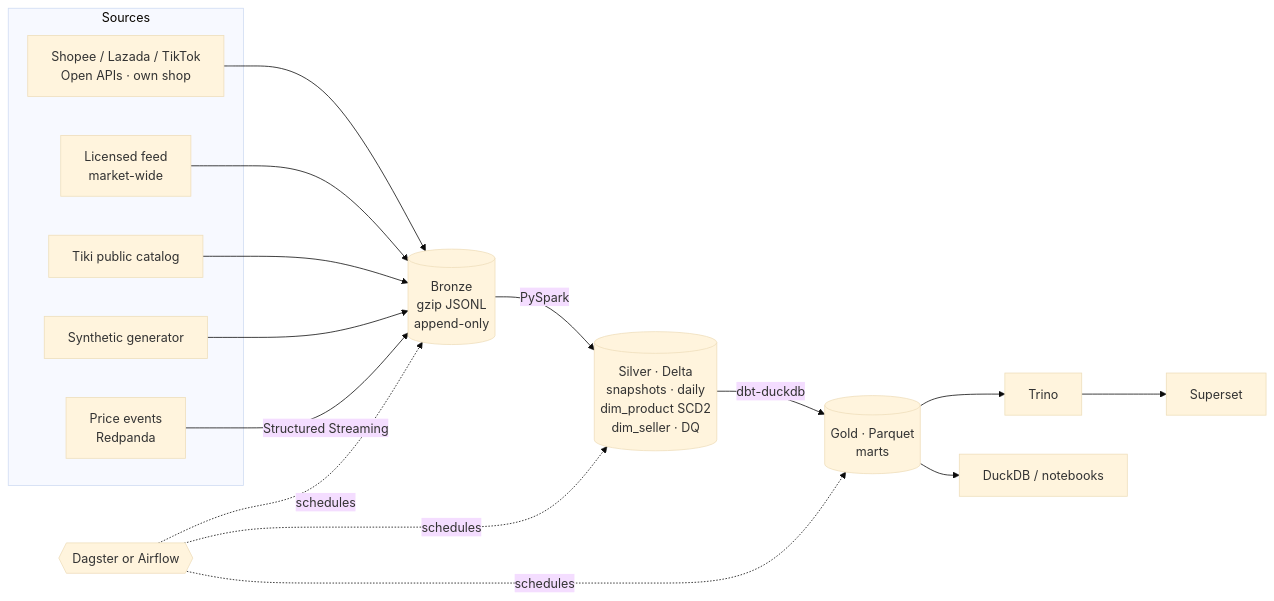
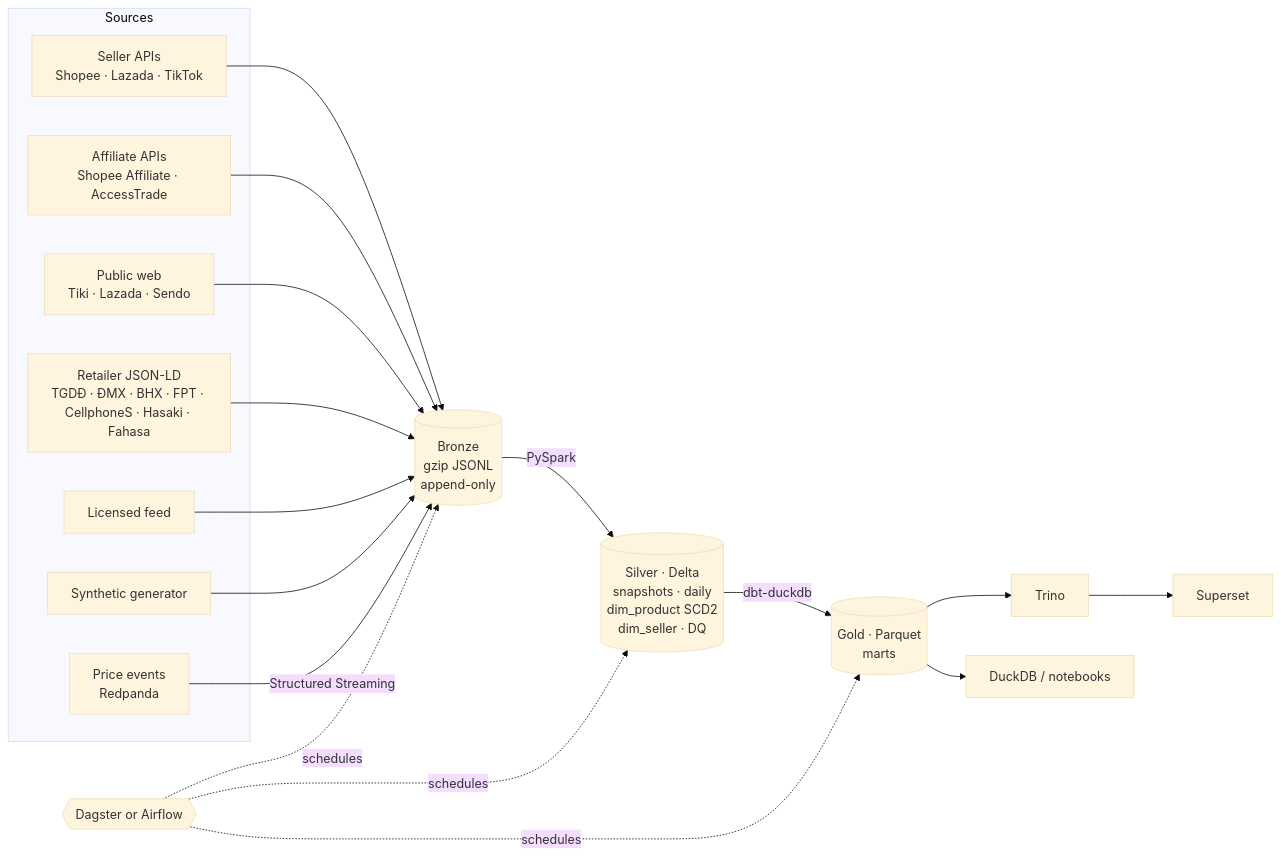
One commit to TuanKietTran/vn-ecom-data-platform changed the diagram in README.md. Above: the diagram before and after it, drawn with Mermaid (base theme). The commit also changed other lines of this file and 22 other files, not shown here.

First line of the commit message:
feat(sources): market-wide connectors + first-party retailers

````diff
--- a/README.md
+++ b/README.md
@@ -10,17 +11,19 @@
 ```mermaid
 flowchart LR
   subgraph Sources
-    S1[Shopee / Lazada / TikTok<br/>Open APIs · own shop]
-    S2[Licensed feed<br/>market-wide]
-    S3[Tiki public catalog]
+    S1[Seller APIs<br/>Shopee · Lazada · TikTok]
+    S6[Affiliate APIs<br/>Shopee Affiliate · AccessTrade]
+    S3[Public web<br/>Tiki · Lazada · Sendo]
+    S7[Retailer JSON-LD<br/>TGDĐ · ĐMX · BHX · FPT · CellphoneS · Hasaki · Fahasa]
+    S2[Licensed feed]
     S4[Synthetic generator]
     S5[Price events<br/>Redpanda]
   end
-  S1 & S2 & S3 & S4 --> B[(Bronze<br/>gzip JSONL<br/>append-only)]
+  S1 & S6 & S3 & S7 & S2 & S4 --> B[(Bronze<br/>gzip JSONL<br/>append-only)]
   S5 -->|Structured Streaming| B
   B -->|PySpark| SV[(Silver · Delta<br/>snapshots · daily<br/>dim_product SCD2<br/>dim_seller · DQ)]
   SV -->|dbt-duckdb| G[(Gold · Parquet<br/>marts)]
   G --> T[Trino] --> SS[Superset]
   G --> DD[DuckDB / notebooks]
   O{{Dagster or Airflow}} -.schedules.-> B & SV & G
 ```
````
